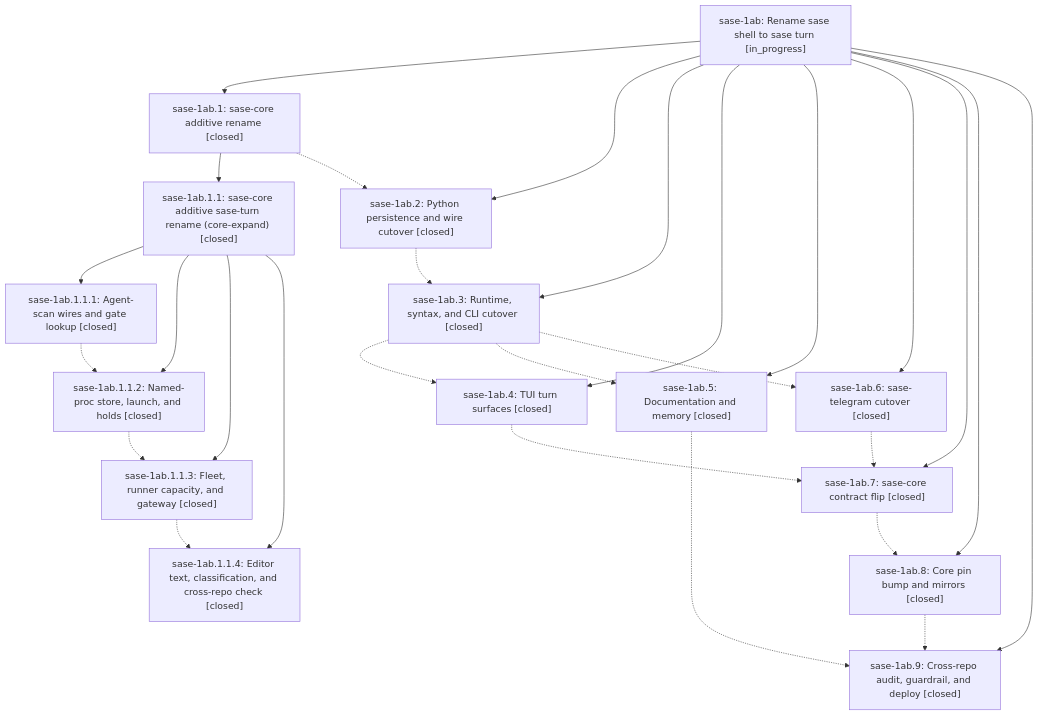
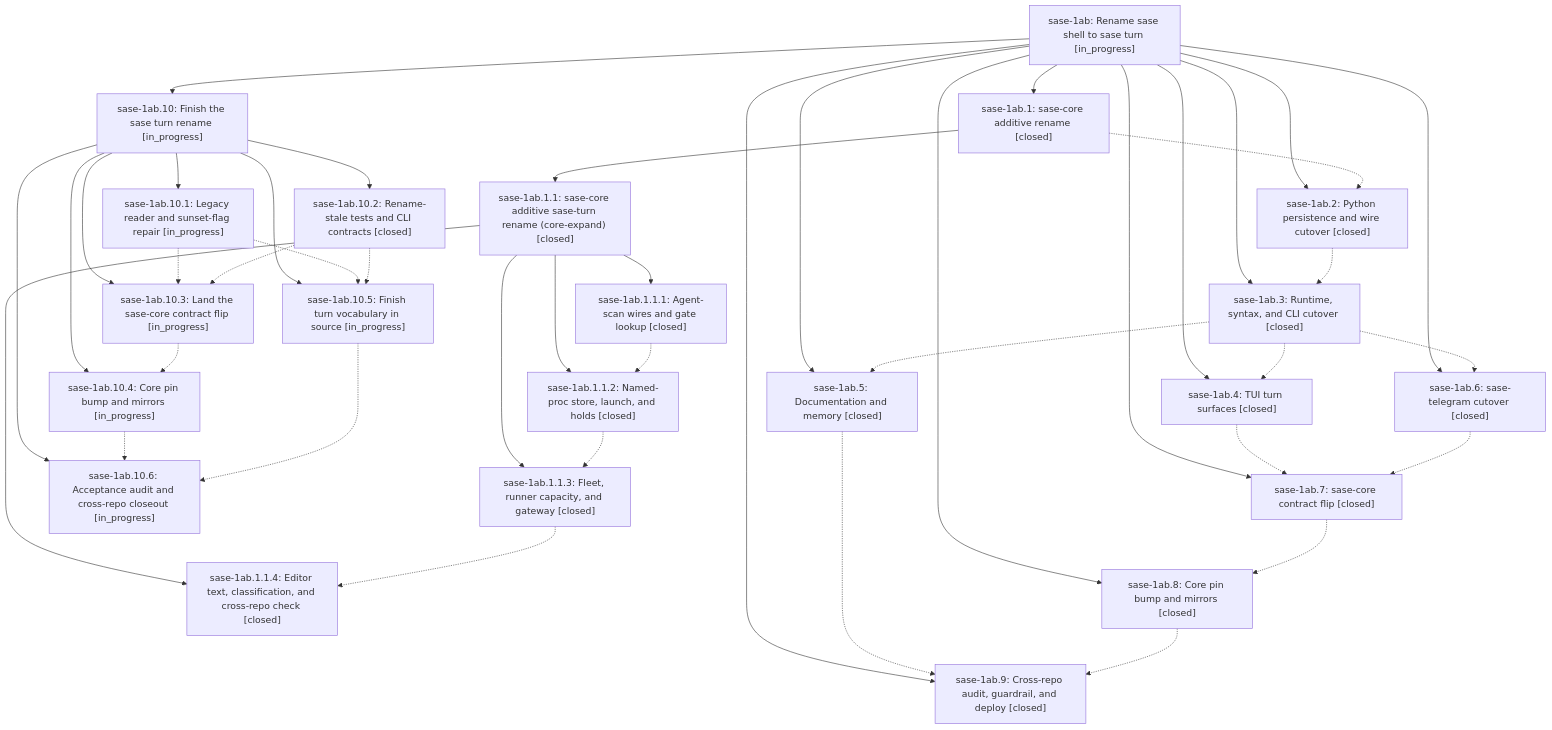
One commit to sase-org/sase--beads changed the diagram in pages/sase-1ab/README.md. Above: the diagram before and after it, drawn with Mermaid. The commit also changed other lines of this file and 11 other files, not shown here.

````diff
--- a/pages/sase-1ab/README.md
+++ b/pages/sase-1ab/README.md
@@ -80,45 +81,66 @@
 ```mermaid
 flowchart TD
     n0["sase-1ab: Rename sase shell to sase turn [in_progress]"]
     n1["sase-1ab.1: sase-core additive rename [closed]"]
     n2["sase-1ab.1.1: sase-core additive sase-turn rename (core-expand) [closed]"]
     n3["sase-1ab.1.1.1: Agent-scan wires and gate lookup [closed]"]
     n4["sase-1ab.1.1.2: Named-proc store, launch, and holds [closed]"]
     n5["sase-1ab.1.1.3: Fleet, runner capacity, and gateway [closed]"]
     n6["sase-1ab.1.1.4: Editor text, classification, and cross-repo check [closed]"]
-    n7["sase-1ab.2: Python persistence and wire cutover [closed]"]
-    n8["sase-1ab.3: Runtime, syntax, and CLI cutover [closed]"]
-    n9["sase-1ab.4: TUI turn surfaces [closed]"]
-    n10["sase-1ab.5: Documentation and memory [closed]"]
-    n11["sase-1ab.6: sase-telegram cutover [closed]"]
-    n12["sase-1ab.7: sase-core contract flip [closed]"]
-    n13["sase-1ab.8: Core pin bump and mirrors [closed]"]
-    n14["sase-1ab.9: Cross-repo audit, guardrail, and deploy [closed]"]
+    n7["sase-1ab.10: Finish the sase turn rename [in_progress]"]
+    n8["sase-1ab.10.1: Legacy reader and sunset-flag repair [in_progress]"]
+    n9["sase-1ab.10.2: Rename-stale tests and CLI contracts [closed]"]
+    n10["sase-1ab.10.3: Land the sase-core contract flip [in_progress]"]
+    n11["sase-1ab.10.4: Core pin bump and mirrors [in_progress]"]
+    n12["sase-1ab.10.5: Finish turn vocabulary in source [in_progress]"]
+    n13["sase-1ab.10.6: Acceptance audit and cross-repo closeout [in_progress]"]
+    n14["sase-1ab.2: Python persistence and wire cutover [closed]"]
+    n15["sase-1ab.3: Runtime, syntax, and CLI cutover [closed]"]
+    n16["sase-1ab.4: TUI turn surfaces [closed]"]
+    n17["sase-1ab.5: Documentation and memory [closed]"]
+    n18["sase-1ab.6: sase-telegram cutover [closed]"]
+    n19["sase-1ab.7: sase-core contract flip [closed]"]
+    n20["sase-1ab.8: Core pin bump and mirrors [closed]"]
+    n21["sase-1ab.9: Cross-repo audit, guardrail, and deploy [closed]"]
     n0 --> n1
     n1 --> n2
     n2 --> n3
     n2 --> n4
     n2 --> n5
     n2 --> n6
     n0 --> n7
-    n0 --> n8
-    n0 --> n9
-    n0 --> n10
-    n0 --> n11
-    n0 --> n12
-    n0 --> n13
+    n7 --> n8
+    n7 --> n9
+    n7 --> n10
+    n7 --> n11
+    n7 --> n12
+    n7 --> n13
     n0 --> n14
-    n1 -.-> n7
+    n0 --> n15
+    n0 --> n16
+    n0 --> n17
+    n0 --> n18
+    n0 --> n19
+    n0 --> n20
+    n0 --> n21
+    n1 -.-> n14
     n3 -.-> n4
     n4 -.-> n5
     n5 -.-> n6
-    n7 -.-> n8
-    n8 -.-> n9
     n8 -.-> n10
-    n8 -.-> n11
+    n8 -.-> n12
+    n9 -.-> n10
     n9 -.-> n12
-    n10 -.-> n14
-    n11 -.-> n12
+    n10 -.-> n11
+    n11 -.-> n13
     n12 -.-> n13
-    n13 -.-> n14
+    n14 -.-> n15
+    n15 -.-> n16
+    n15 -.-> n17
+    n15 -.-> n18
+    n16 -.-> n19
+    n17 -.-> n21
+    n18 -.-> n19
+    n19 -.-> n20
+    n20 -.-> n21
 ```
````
